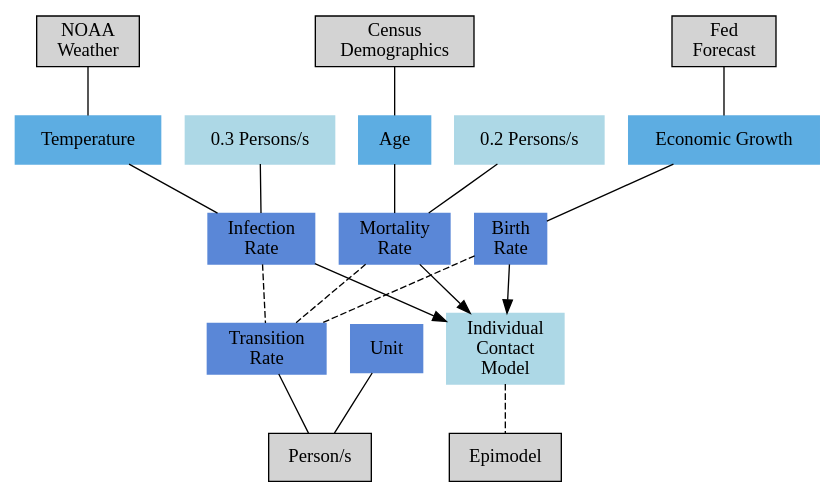
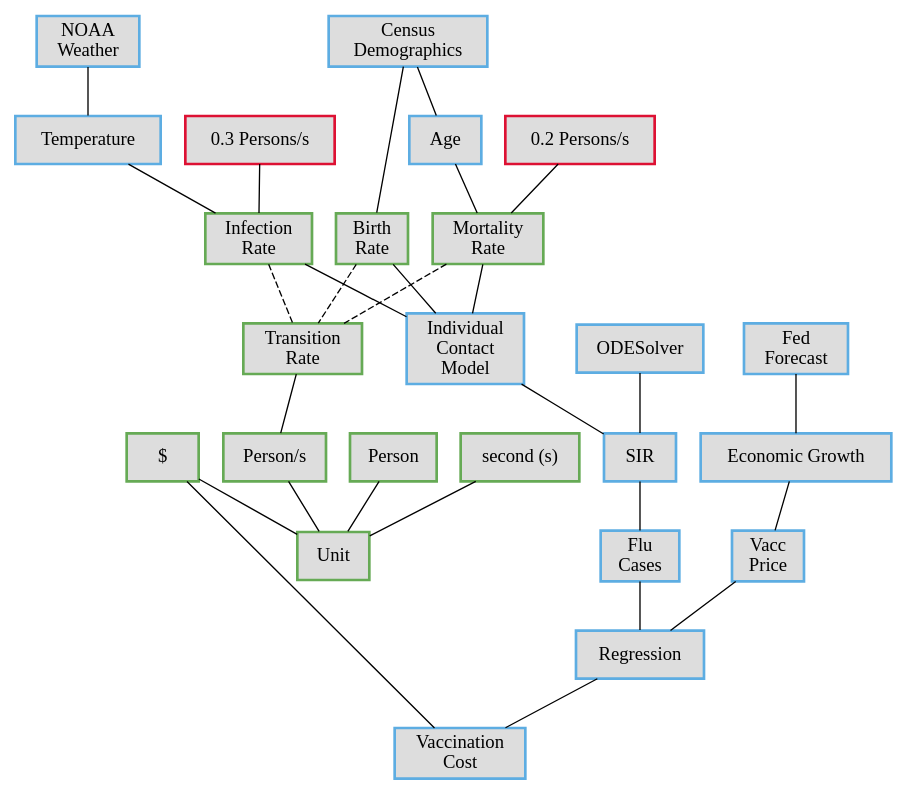
One commit to jpfairbanks/SemanticModels.jl changed the diagram in doc/src/img/knowledgegraph.dot. Above: the diagram before and after it, drawn with Graphviz. The commit also changed 6 other files, not shown here.

```diff
--- a/doc/src/img/knowledgegraph.dot
+++ b/doc/src/img/knowledgegraph.dot
@@ -1,53 +1,73 @@
 digraph G {
   splines=false
   #fontsize=10
   #edge[weight=.2]
   #ratio=0.25
   #scale="10:1"
   #size=5,2
   pack="true"
   #rankdir="LR"
   edge [dir="none"]
-  node [shape="record", style="filled"]
-  ind -> epi [style="dashed"]
-  inf-> ind [dir="right"]
+  node [shape="record", style="filled", fillcolor="#dddddd", penwidth=2.0]
+  ind -> epi
+  inf-> ind
   thirty -> inf
   twenty -> mort
-  mort -> ind  [dir="right"]
+  mort -> ind
   mort -> rate [style="dashed"]
   inf -> rate [style="dashed"]
   birth -> rate [style="dashed"]
-  birth -> ind [dir="right"]
+  birth -> ind
 
-  rate -> person
-  unit -> person
+  rate -> personper
+  person   -> unit
+  personper-> unit
+  second   -> unit
+  dollars -> unit
 
-  fed     [label="Fed\nForecast"]
-  demo    [label="Census\nDemographics"]
+  node [color="#5DADE2"]
   weather [label="NOAA\nWeather"]
+  cost    [label="Vaccination\nCost"]
+  fed  [label="Fed\nForecast"]
+  demo [label="Census\nDemographics"]
+  epi  [label="SIR", color="#5DADE2"]
+  ode  [label="ODESolver"]
 
 
-  epi [label="Epimodel", pos="1,1"]
-  rate [label="{Transition\nRate}", color="#5a87d7"]
-  unit [label="Unit", color="#5a87d7"]
-  person [label="Person/s", color=""]
-  inf [label="Infection\nRate", color="#5a87d7"]
-  mort [label="Mortality\nRate", color="#5a87d7"]
-  node [color="lightblue"]
-  ind [label="Individual\nContact\nModel",color="lightblue", pos="0,1"]
-  birth [label="Birth\nRate",color="#5a87d7"]
-  twenty [label="0.2 Persons/s", color="lightblue"]
-  thirty [label="0.3 Persons/s", color="lightblue"]
+  rate [label="{Transition\nRate}", color="#66AA55"]
+  unit [label="Unit", color="#66AA55"]
+  personper [label="Person/s", color="#66AA55"]
+  person [label="Person", color="#66AA55"]
+  second [label="second (s)", color="#66AA55"]
+  dollars [label="$", color="#66AA55"]
 
+  inf [label="Infection\nRate", color="#66AA55"]
+  mort [label="Mortality\nRate", color="#66AA55"]
+  birth [label="Birth\nRate",color="#66AA55"]
+  twenty [label="0.2 Persons/s", color="#DD1133"]
+  thirty [label="0.3 Persons/s", color="#DD1133"]
+
+  ind [label="Individual\nContact\nModel",color="#5DADE2", pos="0,1"]
   temp [label="Temperature", color="#5DADE2"]
   age  [label="Age", color="#5DADE2"]
   dGDP [label="Economic Growth", color="#5DADE2"]
+  cases [label="Flu\nCases", color="#5DADE2"]
+  prices [label="Vacc\nPrice", color="#5DADE2"]
 
   temp -> inf
   age -> mort
-  dGDP -> birth
+  demo -> birth
+  dGDP -> prices
+  epi -> cases
+  prices -> regres
+  cases  -> regres
 
   weather -> temp
   demo-> age
   fed -> dGDP
+
+  ode -> epi
+  regres -> cost
+  dollars -> cost
+  regres [label="Regression"]
 }
```
